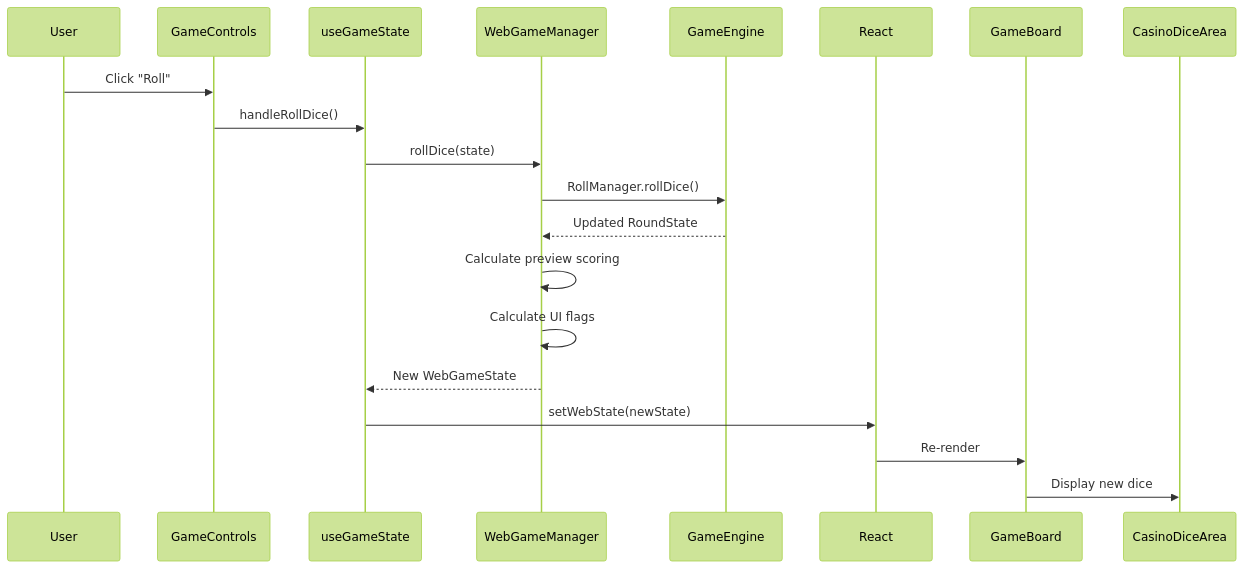
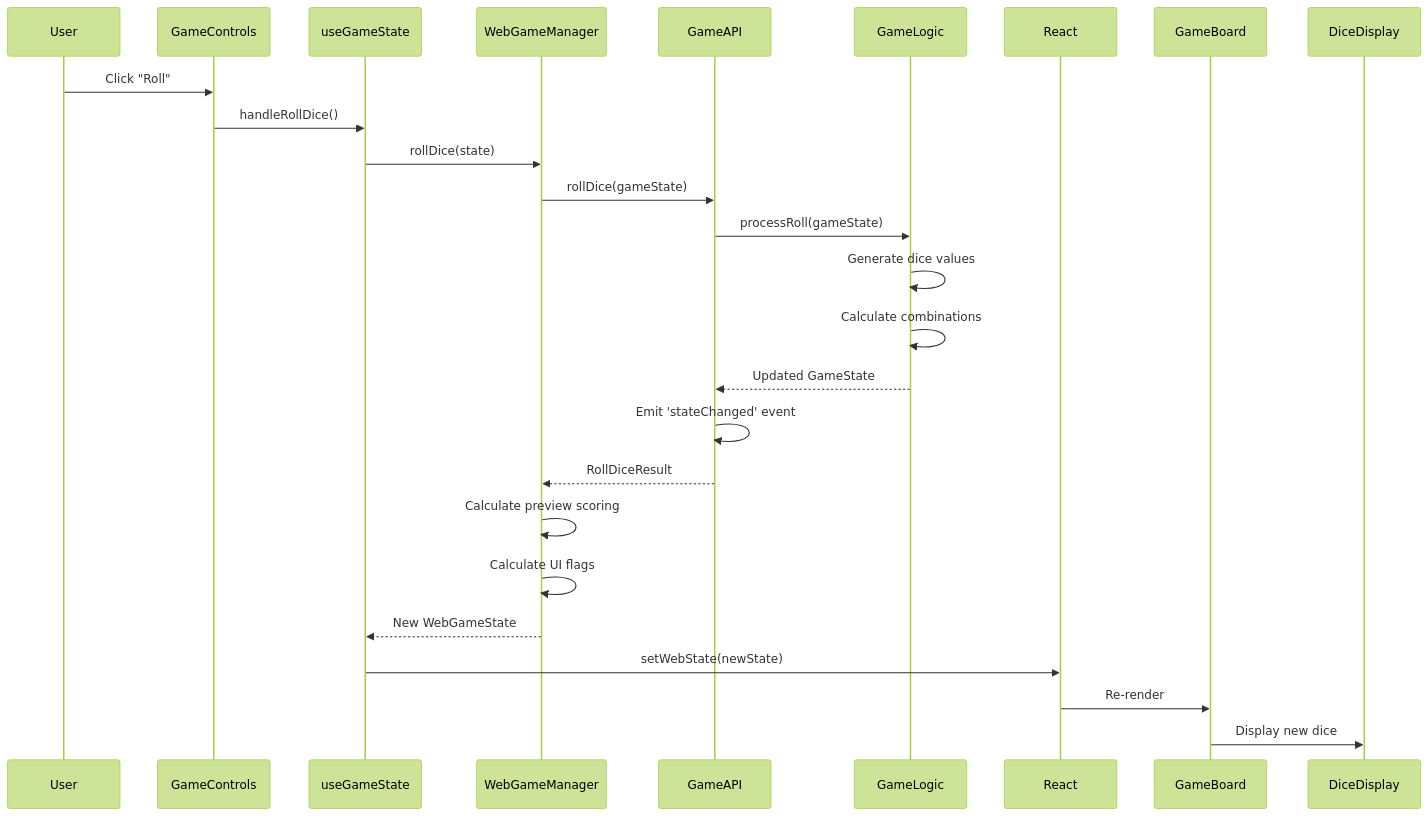
Before and after one commit to bbeaudet-dev/rollio: the second of 3 diagrams in docs/architecture/data-flow.md, drawn with Mermaid (forest theme). The commit also changed other lines of this file and 8 other files, not shown here.

````diff
--- a/docs/architecture/data-flow.md
+++ b/docs/architecture/data-flow.md
@@ -160,21 +217,27 @@
 ```mermaid
 sequenceDiagram
     participant User
     participant GameControls
     participant useGameState
     participant WebGameManager
-    participant GameEngine
+    participant GameAPI
+    participant GameLogic
     participant React
 
     User->>GameControls: Click "Roll"
     GameControls->>useGameState: handleRollDice()
     useGameState->>WebGameManager: rollDice(state)
-    WebGameManager->>GameEngine: RollManager.rollDice()
-    GameEngine-->>WebGameManager: Updated RoundState
+    WebGameManager->>GameAPI: rollDice(gameState)
+    GameAPI->>GameLogic: processRoll(gameState)
+    GameLogic->>GameLogic: Generate dice values
+    GameLogic->>GameLogic: Calculate combinations
+    GameLogic-->>GameAPI: Updated GameState
+    GameAPI->>GameAPI: Emit 'stateChanged' event
+    GameAPI-->>WebGameManager: RollDiceResult
     WebGameManager->>WebGameManager: Calculate preview scoring
     WebGameManager->>WebGameManager: Calculate UI flags
     WebGameManager-->>useGameState: New WebGameState
     useGameState->>React: setWebState(newState)
     React->>GameBoard: Re-render
-    GameBoard->>CasinoDiceArea: Display new dice
+    GameBoard->>DiceDisplay: Display new dice
 ```
````
